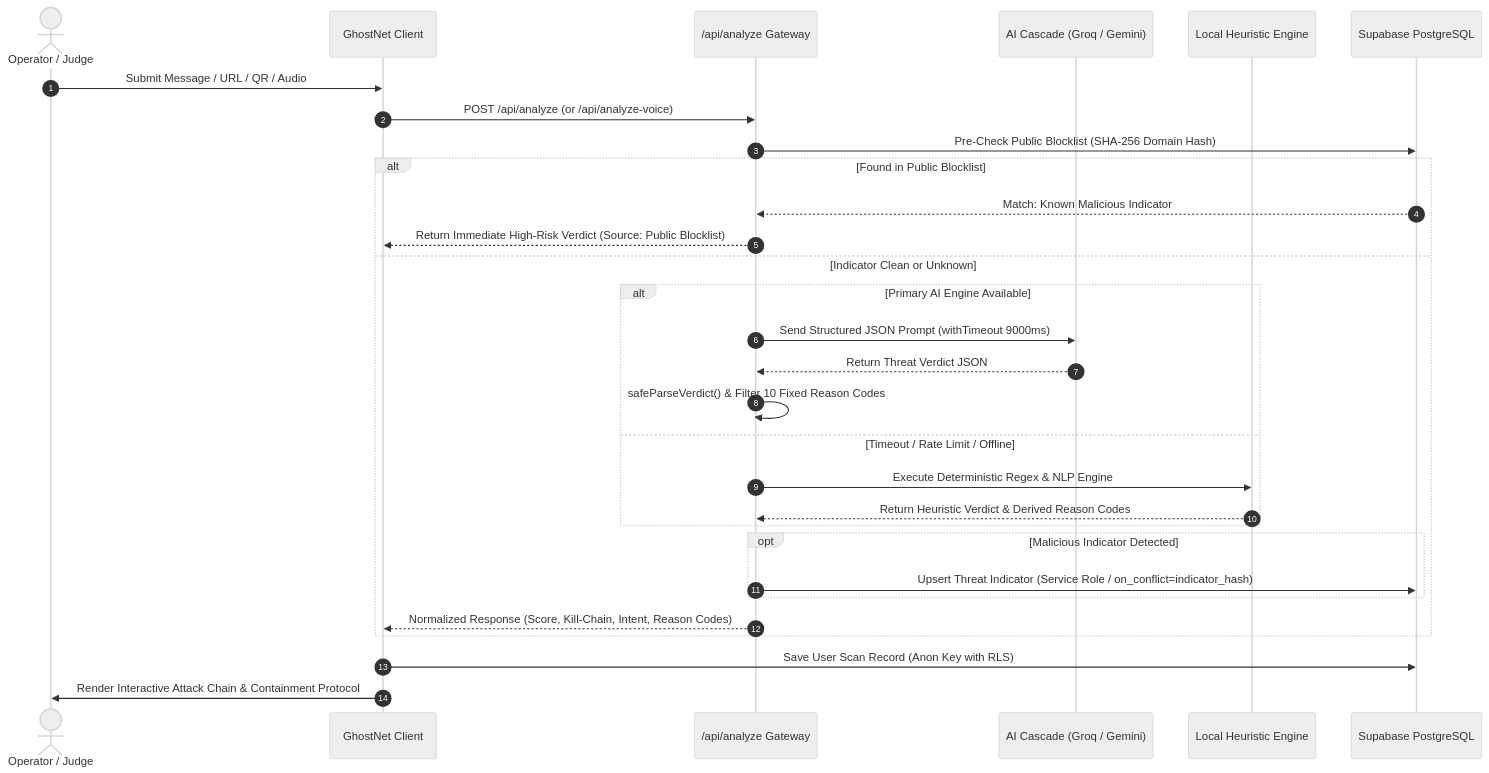
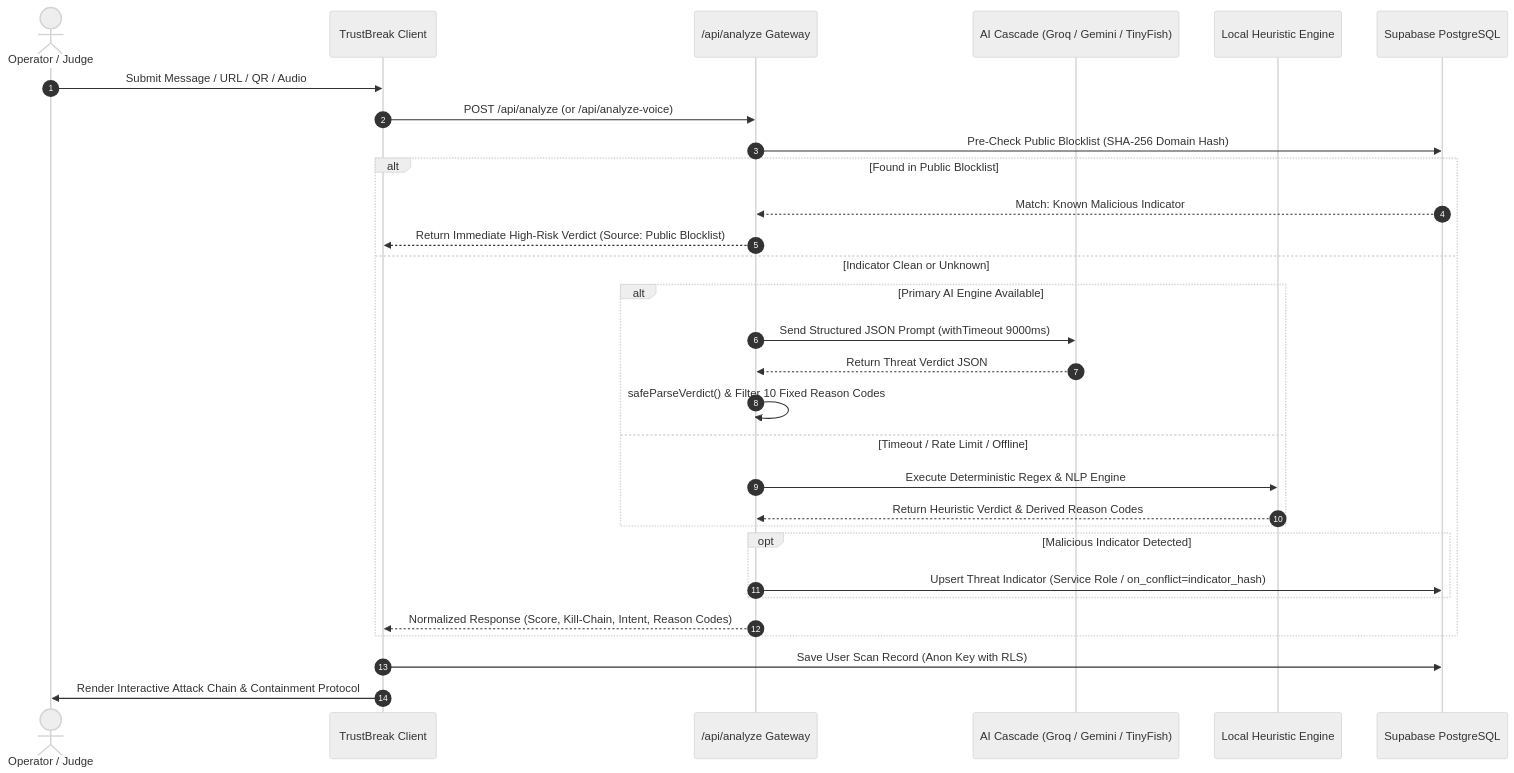
One commit to sidhinath/trust-break-ai changed the second of 2 diagrams in docs/ARCHITECTURE.md. Above: the diagram before and after it, drawn with Mermaid (neutral theme). The commit also changed other lines of this file and 106 other files, not shown here.

Commit message:
Finalize TrustBreak AI branding and repository cleanup

````diff
--- a/docs/ARCHITECTURE.md
+++ b/docs/ARCHITECTURE.md
@@ -119,37 +128,37 @@
 ```mermaid
 sequenceDiagram
     autonumber
     actor User as Operator / Judge
-    participant UI as GhostNet Client
+    participant UI as TrustBreak Client
     participant API as /api/analyze Gateway
-    participant AI as AI Cascade (Groq / Gemini)
+    participant AI as AI Cascade (Groq / Gemini / TinyFish)
     participant Heuristic as Local Heuristic Engine
     participant DB as Supabase PostgreSQL
 
     User->>UI: Submit Message / URL / QR / Audio
     UI->>API: POST /api/analyze (or /api/analyze-voice)
 
     API->>DB: Pre-Check Public Blocklist (SHA-256 Domain Hash)
     alt Found in Public Blocklist
         DB-->>API: Match: Known Malicious Indicator
         API-->>UI: Return Immediate High-Risk Verdict (Source: Public Blocklist)
     else Indicator Clean or Unknown
         alt Primary AI Engine Available
             API->>AI: Send Structured JSON Prompt (withTimeout 9000ms)
             AI-->>API: Return Threat Verdict JSON
             API->>API: safeParseVerdict() & Filter 10 Fixed Reason Codes
         else Timeout / Rate Limit / Offline
             API->>Heuristic: Execute Deterministic Regex & NLP Engine
             Heuristic-->>API: Return Heuristic Verdict & Derived Reason Codes
         end
 
         opt Malicious Indicator Detected
             API->>DB: Upsert Threat Indicator (Service Role / on_conflict=indicator_hash)
         end
 
         API-->>UI: Normalized Response (Score, Kill-Chain, Intent, Reason Codes)
     end
 
     UI->>DB: Save User Scan Record (Anon Key with RLS)
     UI->>User: Render Interactive Attack Chain & Containment Protocol
 ```
````
